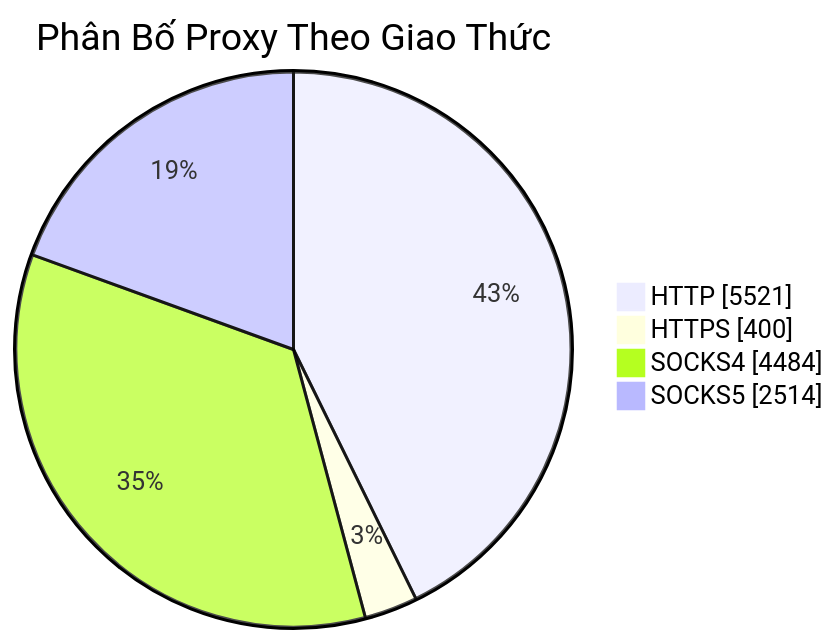
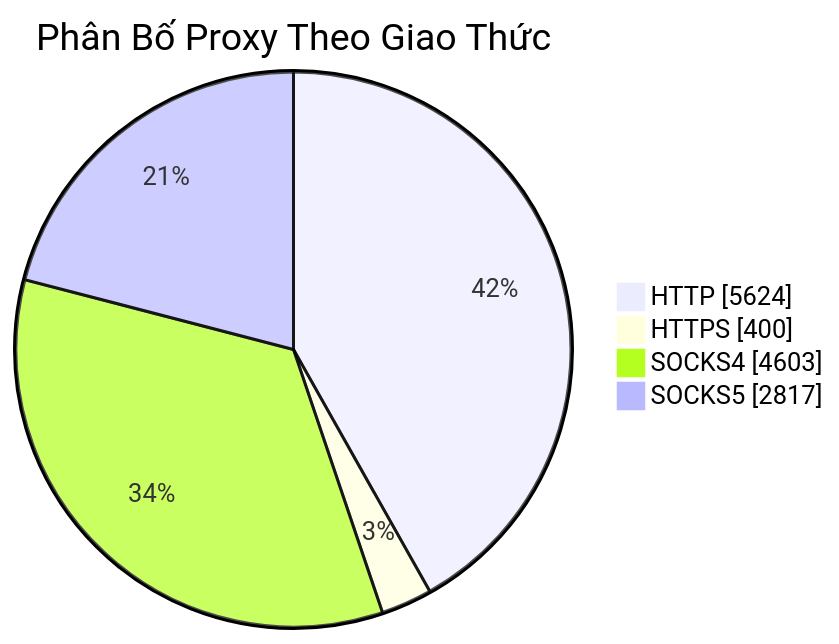
One commit to Ciara-Aa/PROXY-free changed the diagram in README.md. Above: the diagram before and after it, drawn with Mermaid. The commit also changed other lines of this file and 4 other files, not shown here.

````diff
--- a/README.md
+++ b/README.md
@@ -26,7 +26,7 @@
 ```mermaid
 pie showData title Phân Bố Proxy Theo Giao Thức
-    "HTTP" : 5521
+    "HTTP" : 5624
     "HTTPS" : 400
-    "SOCKS4" : 4484
-    "SOCKS5" : 2514
+    "SOCKS4" : 4603
+    "SOCKS5" : 2817
 ```
````
